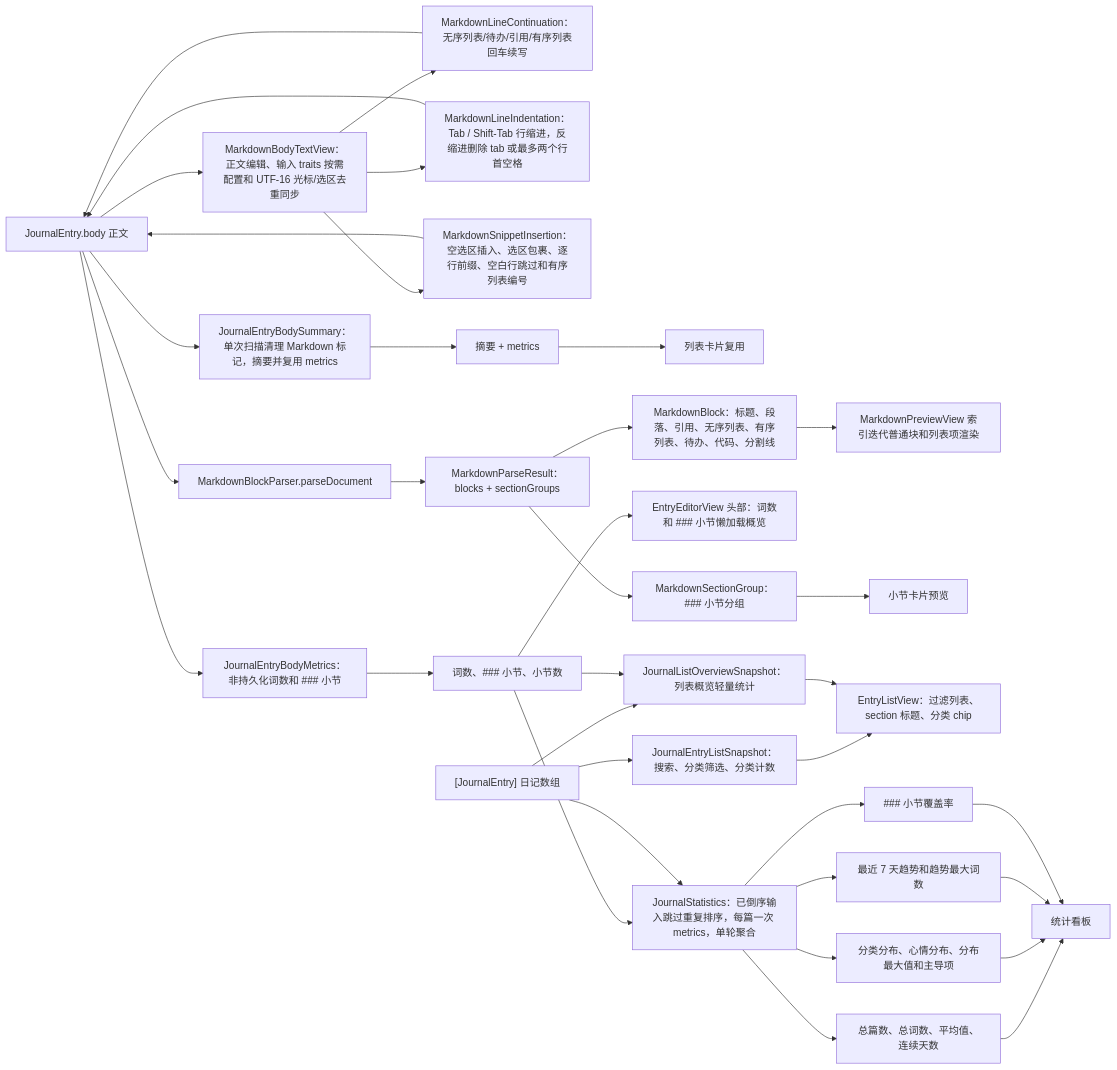
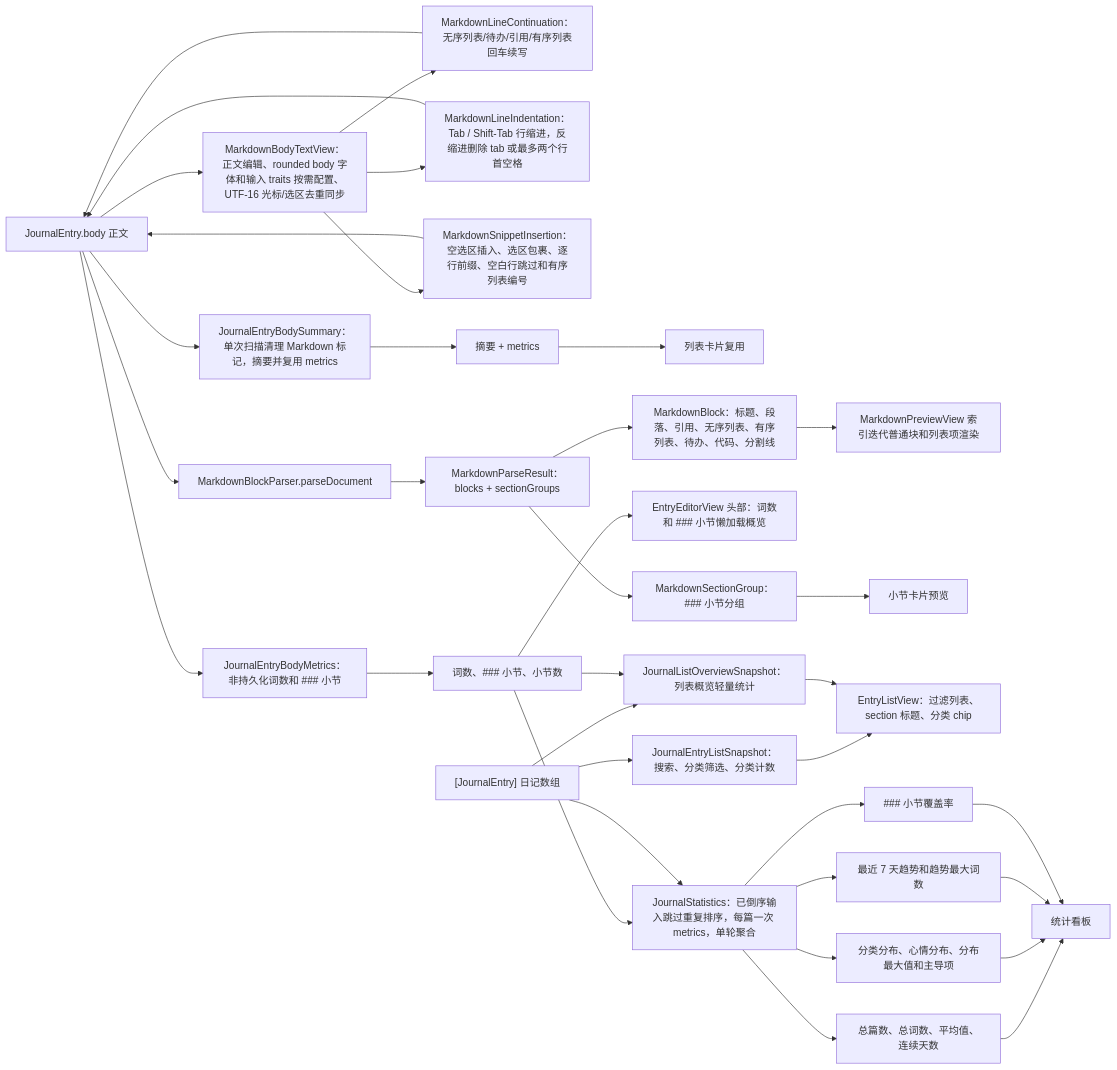
The fourth of 6 diagrams in md/flow/flowchart.md (Altman-sam114/117), drawn with Mermaid before and after one commit. The commit also changed other lines of this file and 8 other files, not shown here.

````diff
--- a/md/flow/flowchart.md
+++ b/md/flow/flowchart.md
@@ -121,37 +121,37 @@
 ```mermaid
 flowchart LR
   Body["JournalEntry.body 正文"] --> MetricsNode2["JournalEntryBodyMetrics：非持久化词数和 ### 小节"]
   Body --> Summary["JournalEntryBodySummary：单次扫描清理 Markdown 标记，摘要并复用 metrics"]
-  Body --> BodyText["MarkdownBodyTextView：正文编辑、输入 traits 按需配置和 UTF-16 光标/选区去重同步"]
+  Body --> BodyText["MarkdownBodyTextView：正文编辑、rounded body 字体和输入 traits 按需配置、UTF-16 光标/选区去重同步"]
   BodyText --> ContinueRule["MarkdownLineContinuation：无序列表/待办/引用/有序列表回车续写"]
   ContinueRule --> Body
   BodyText --> IndentRule["MarkdownLineIndentation：Tab / Shift-Tab 行缩进，反缩进删除 tab 或最多两个行首空格"]
   IndentRule --> Body
   BodyText --> InsertRule["MarkdownSnippetInsertion：空选区插入、选区包裹、逐行前缀、空白行跳过和有序列表编号"]
   InsertRule --> Body
   MetricsNode2 --> MetricsData["词数、### 小节、小节数"]
   Summary --> Excerpt["摘要 + metrics"]
   Excerpt --> RowEditor["列表卡片复用"]
   MetricsData --> Statistics["JournalStatistics：已倒序输入跳过重复排序，每篇一次 metrics，单轮聚合"]
   MetricsData --> EditorHeader["EntryEditorView 头部：词数和 ### 小节懒加载概览"]
   Body --> Parse["MarkdownBlockParser.parseDocument"]
   Parse --> Result["MarkdownParseResult：blocks + sectionGroups"]
   Result --> Blocks["MarkdownBlock：标题、段落、引用、无序列表、有序列表、待办、代码、分割线"]
   Blocks --> Preview["MarkdownPreviewView 索引迭代普通块和列表项渲染"]
   Result --> Sections["MarkdownSectionGroup：### 小节分组"]
   Sections --> SectionPreview["小节卡片预览"]
   Entries["[JournalEntry] 日记数组"] --> Statistics
   Entries --> ListSnapshot2["JournalEntryListSnapshot：搜索、分类筛选、分类计数"]
   ListSnapshot2 --> ListView["EntryListView：过滤列表、section 标题、分类 chip"]
   Entries --> ListOverview2["JournalListOverviewSnapshot：列表概览轻量统计"]
   MetricsData --> ListOverview2
   ListOverview2 --> ListView
   Statistics --> Metrics["总篇数、总词数、平均值、连续天数"]
   Statistics --> Distributions["分类分布、心情分布、分布最大值和主导项"]
   Statistics --> Trend["最近 7 天趋势和趋势最大词数"]
   Statistics --> Coverage["### 小节覆盖率"]
   Metrics --> Dashboard["统计看板"]
   Distributions --> Dashboard
   Trend --> Dashboard
   Coverage --> Dashboard
 ```
````
